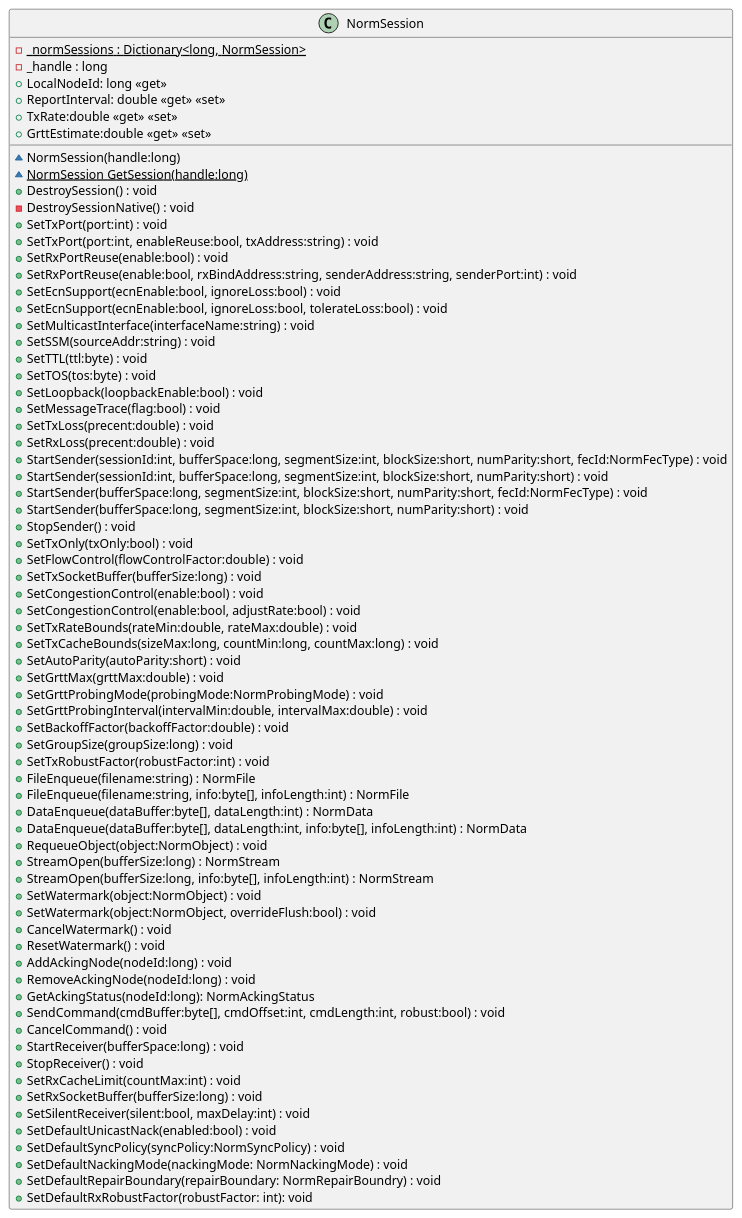
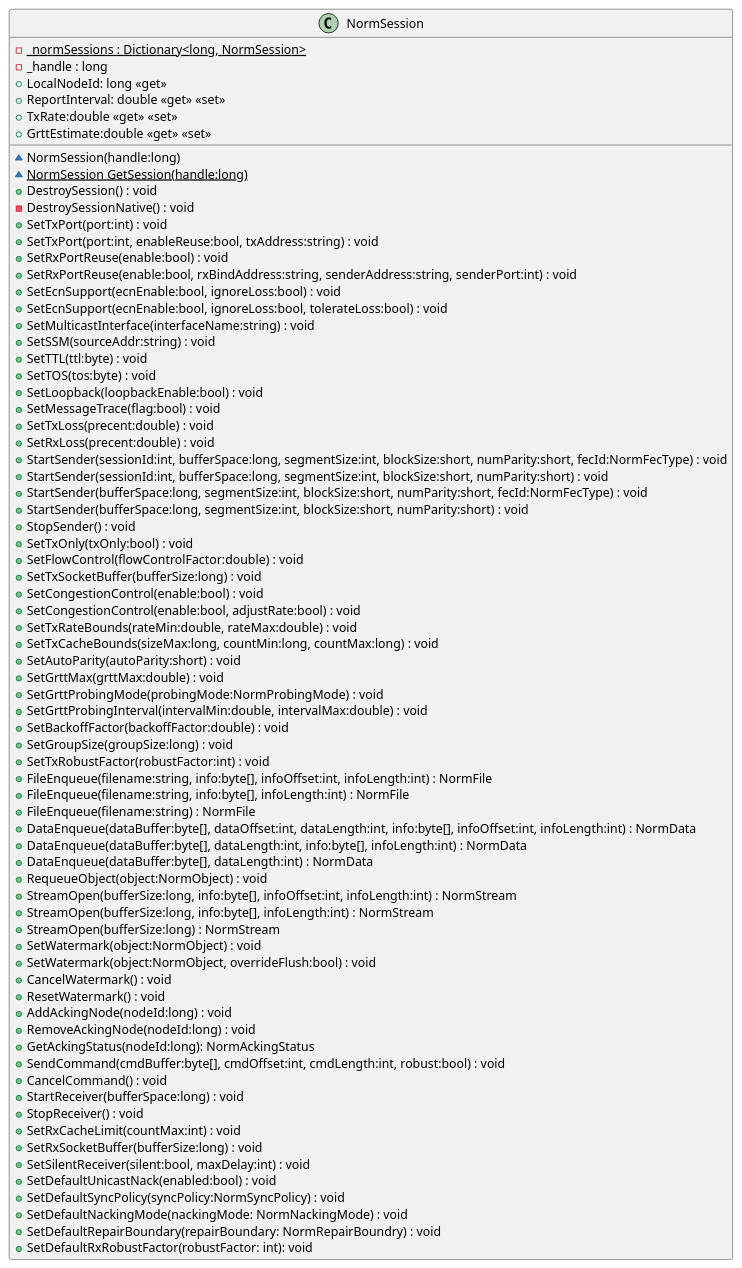
One commit to mullerj/norm changed the diagram in src/dotnet/design/Mil/Navy/Nrl/Norm/NormSession.puml. Above: the diagram before and after it, drawn with PlantUML. The commit also changed 1 other file, not shown here.

```diff
--- a/src/dotnet/design/Mil/Navy/Nrl/Norm/NormSession.puml
+++ b/src/dotnet/design/Mil/Navy/Nrl/Norm/NormSession.puml
@@ -1,73 +1,76 @@
 @startuml
 class NormSession {
     {static} -_normSessions : Dictionary<long, NormSession>
     - _handle : long
     ~ NormSession(handle:long)
     {static} ~ NormSession GetSession(handle:long)
     + DestroySession() : void
     - DestroySessionNative() : void
     + LocalNodeId: long <<get>>
     + SetTxPort(port:int) : void
     + SetTxPort(port:int, enableReuse:bool, txAddress:string) : void
     + SetRxPortReuse(enable:bool) : void
     + SetRxPortReuse(enable:bool, rxBindAddress:string, senderAddress:string, senderPort:int) : void
     + SetEcnSupport(ecnEnable:bool, ignoreLoss:bool) : void
     + SetEcnSupport(ecnEnable:bool, ignoreLoss:bool, tolerateLoss:bool) : void
     + SetMulticastInterface(interfaceName:string) : void
     + SetSSM(sourceAddr:string) : void
     + SetTTL(ttl:byte) : void
     + SetTOS(tos:byte) : void
     + SetLoopback(loopbackEnable:bool) : void
     + SetMessageTrace(flag:bool) : void
     + SetTxLoss(precent:double) : void
     + SetRxLoss(precent:double) : void
     + ReportInterval: double <<get>> <<set>>
     + StartSender(sessionId:int, bufferSpace:long, segmentSize:int, blockSize:short, numParity:short, fecId:NormFecType) : void
     + StartSender(sessionId:int, bufferSpace:long, segmentSize:int, blockSize:short, numParity:short) : void
     + StartSender(bufferSpace:long, segmentSize:int, blockSize:short, numParity:short, fecId:NormFecType) : void
     + StartSender(bufferSpace:long, segmentSize:int, blockSize:short, numParity:short) : void
     + StopSender() : void
     + SetTxOnly(txOnly:bool) : void
     + TxRate:double <<get>> <<set>>
     + SetFlowControl(flowControlFactor:double) : void
     + SetTxSocketBuffer(bufferSize:long) : void
     + SetCongestionControl(enable:bool) : void
     + SetCongestionControl(enable:bool, adjustRate:bool) : void
     + SetTxRateBounds(rateMin:double, rateMax:double) : void
     + SetTxCacheBounds(sizeMax:long, countMin:long, countMax:long) : void
     + SetAutoParity(autoParity:short) : void
     + GrttEstimate:double <<get>> <<set>>
     + SetGrttMax(grttMax:double) : void
     + SetGrttProbingMode(probingMode:NormProbingMode) : void
     + SetGrttProbingInterval(intervalMin:double, intervalMax:double) : void
     + SetBackoffFactor(backoffFactor:double) : void
     + SetGroupSize(groupSize:long) : void
     + SetTxRobustFactor(robustFactor:int) : void
+    + FileEnqueue(filename:string, info:byte[], infoOffset:int, infoLength:int) : NormFile
+    + FileEnqueue(filename:string, info:byte[], infoLength:int) : NormFile
     + FileEnqueue(filename:string) : NormFile
-    + FileEnqueue(filename:string, info:byte[], infoLength:int) : NormFile
+    + DataEnqueue(dataBuffer:byte[], dataOffset:int, dataLength:int, info:byte[], infoOffset:int, infoLength:int) : NormData
+    + DataEnqueue(dataBuffer:byte[], dataLength:int, info:byte[], infoLength:int) : NormData
     + DataEnqueue(dataBuffer:byte[], dataLength:int) : NormData
-    + DataEnqueue(dataBuffer:byte[], dataLength:int, info:byte[], infoLength:int) : NormData
     + RequeueObject(object:NormObject) : void
+    + StreamOpen(bufferSize:long, info:byte[], infoOffset:int, infoLength:int) : NormStream
+    + StreamOpen(bufferSize:long, info:byte[], infoLength:int) : NormStream
     + StreamOpen(bufferSize:long) : NormStream
-    + StreamOpen(bufferSize:long, info:byte[], infoLength:int) : NormStream
     + SetWatermark(object:NormObject) : void
     + SetWatermark(object:NormObject, overrideFlush:bool) : void
     + CancelWatermark() : void
     + ResetWatermark() : void
     + AddAckingNode(nodeId:long) : void
     + RemoveAckingNode(nodeId:long) : void
     + GetAckingStatus(nodeId:long): NormAckingStatus
     + SendCommand(cmdBuffer:byte[], cmdOffset:int, cmdLength:int, robust:bool) : void
     + CancelCommand() : void
     + StartReceiver(bufferSpace:long) : void
     + StopReceiver() : void
     + SetRxCacheLimit(countMax:int) : void
     + SetRxSocketBuffer(bufferSize:long) : void
     + SetSilentReceiver(silent:bool, maxDelay:int) : void
     + SetDefaultUnicastNack(enabled:bool) : void
     + SetDefaultSyncPolicy(syncPolicy:NormSyncPolicy) : void
     + SetDefaultNackingMode(nackingMode: NormNackingMode) : void
     + SetDefaultRepairBoundary(repairBoundary: NormRepairBoundry) : void
     + SetDefaultRxRobustFactor(robustFactor: int): void
 }
 @enduml
```
